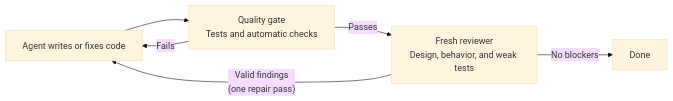
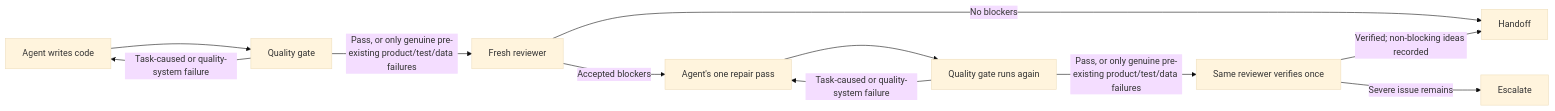
One commit to ivmirx/agentic-quality-loop changed the diagram in README.md. Above: the diagram before and after it, drawn with Mermaid (base theme). The commit also changed other lines of this file and 1 other file, not shown here.

````diff
--- a/README.md
+++ b/README.md
@@ -50,8 +55,13 @@
 ```mermaid
 flowchart LR
-    A["Agent writes or fixes code"] --> B["Quality gate<br/>Tests and automatic checks"]
-    B -- "Fails" --> A
-    B -- "Passes" --> C["Fresh reviewer<br/>Design, behavior, and weak tests"]
-    C -- "Valid findings<br/>(one repair pass)" --> A
-    C -- "No blockers" --> D["Done"]
+    A["Agent writes code"] --> B["Quality gate"]
+    B -- "Task-caused or quality-system failure" --> A
+    B -- "Pass, or only genuine pre-existing product/test/data failures" --> C["Fresh reviewer"]
+    C -- "No blockers" --> G["Handoff"]
+    C -- "Accepted blockers" --> D["Agent's one repair pass"]
+    D --> E["Quality gate runs again"]
+    E -- "Task-caused or quality-system failure" --> D
+    E -- "Pass, or only genuine pre-existing product/test/data failures" --> F["Same reviewer verifies once"]
+    F -- "Verified; non-blocking ideas recorded" --> G
+    F -- "Severe issue remains" --> H["Escalate"]
 ```
````
